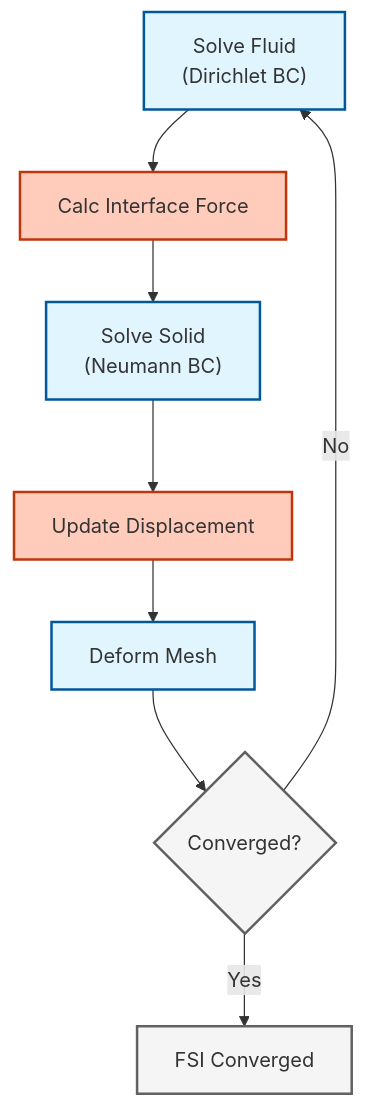
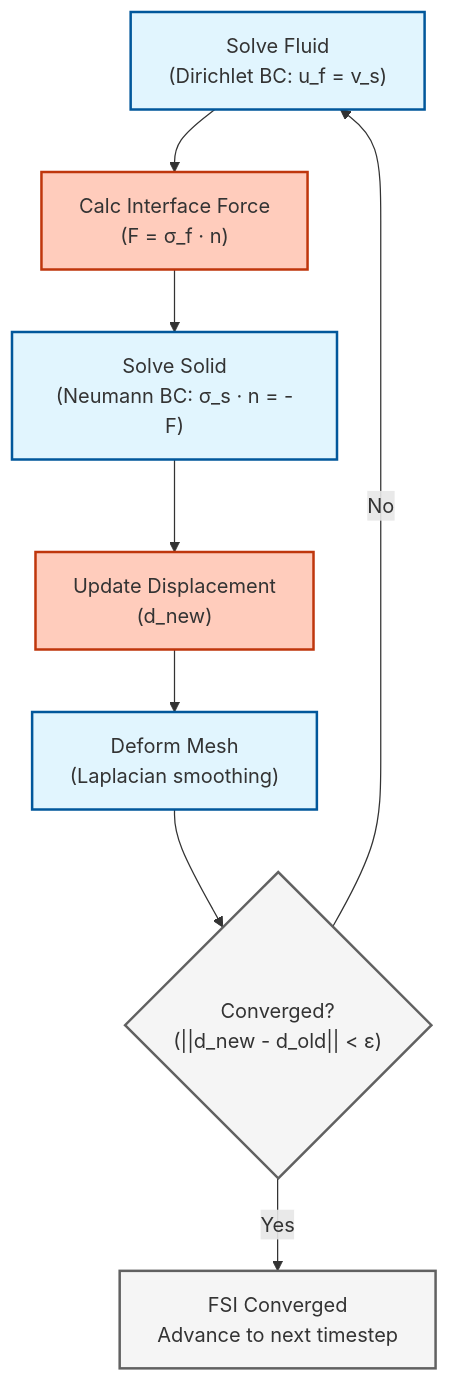
Before and after one commit to wramet/build-my-cfd: the diagram in MODULE_06_ADVANCED_PHYSICS/CONTENT/02_COUPLED_PHYSICS/03_Fluid_Structure_Interaction.md, drawn with Mermaid. The commit also changed other lines of this file and 203 other files, not shown here.

````diff
--- a/MODULE_06_ADVANCED_PHYSICS/CONTENT/02_COUPLED_PHYSICS/03_Fluid_Structure_Interaction.md
+++ b/MODULE_06_ADVANCED_PHYSICS/CONTENT/02_COUPLED_PHYSICS/03_Fluid_Structure_Interaction.md
@@ -195,16 +238,16 @@
 ```mermaid
 graph TD
 classDef implicit fill:#e1f5fe,stroke:#01579b,stroke-width:2px
 classDef explicit fill:#ffccbc,stroke:#bf360c,stroke-width:2px
 classDef context fill:#f5f5f5,stroke:#616161,stroke-width:2px
-Fluid["Solve Fluid<br/>(Dirichlet BC)"]:::implicit
-Force["Calc Interface Force"]:::explicit
-Solid["Solve Solid<br/>(Neumann BC)"]:::implicit
-Disp["Update Displacement"]:::explicit
-Mesh["Deform Mesh"]:::implicit
-Check{"Converged?"}:::context
+Fluid["Solve Fluid<br/>(Dirichlet BC: u_f = v_s)"]:::implicit
+Force["Calc Interface Force<br/>(F = σ_f · n)"]:::explicit
+Solid["Solve Solid<br/>(Neumann BC: σ_s · n = -F)"]:::implicit
+Disp["Update Displacement<br/>(d_new)"]:::explicit
+Mesh["Deform Mesh<br/>(Laplacian smoothing)"]:::implicit
+Check{"Converged?<br/>(||d_new - d_old|| < ε)"}:::context
 
 Fluid --> Force --> Solid --> Disp --> Mesh --> Check
 Check -- No --> Fluid
-Check -- Yes --> Done["FSI Converged"]:::context
+Check -- Yes --> Done["FSI Converged<br/>Advance to next timestep"]:::context
 ```
````
